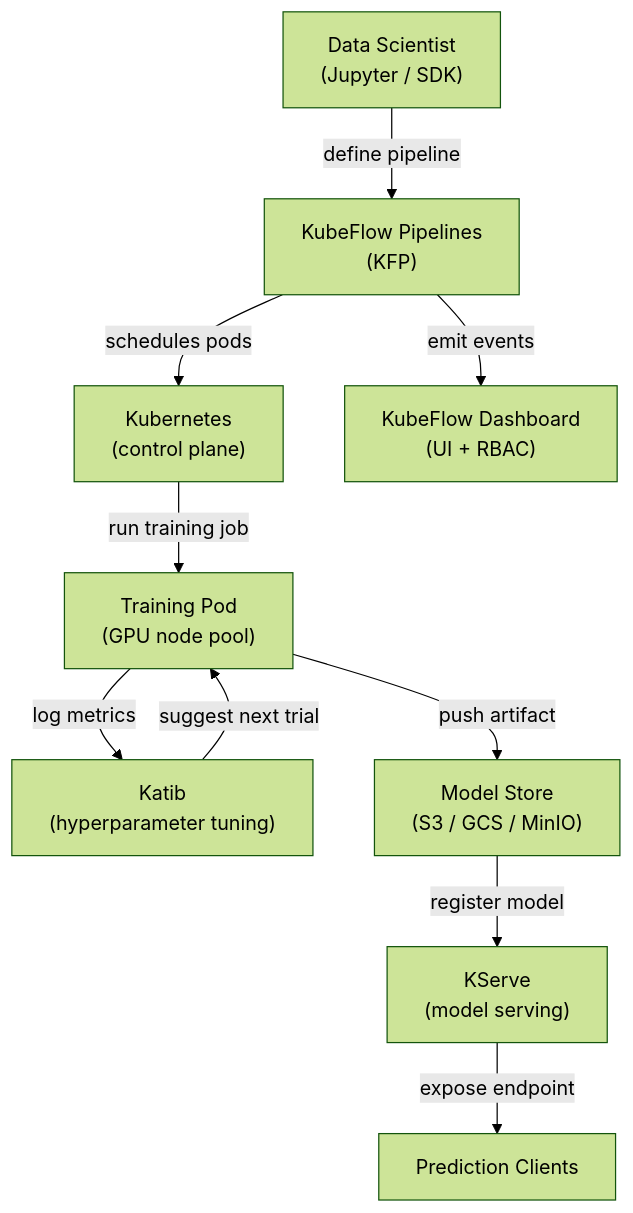
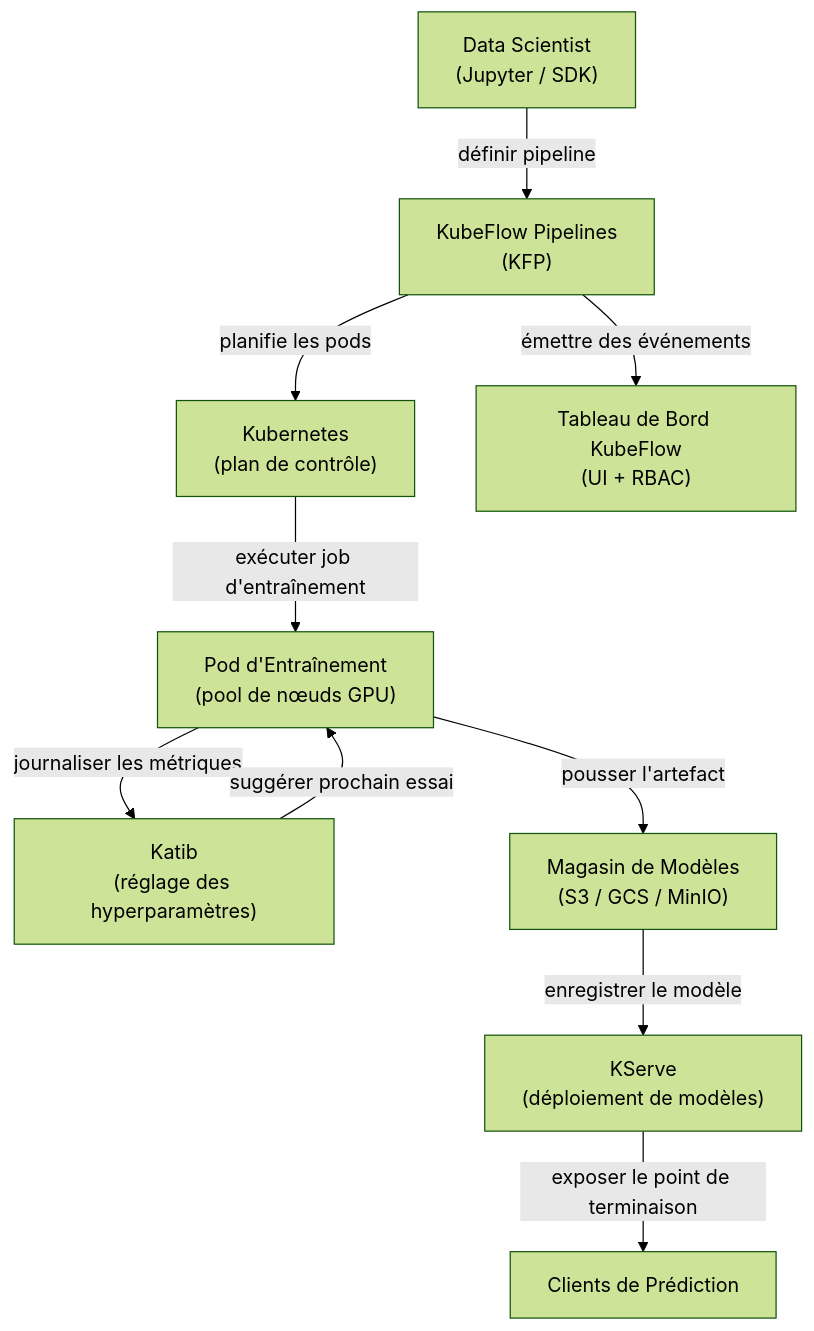
The diagram in i18n/fr/docusaurus-plugin-content-docs/current/mlops/deployment/kubeflow.md (EmersonBraun/ai-summary-hub), drawn with Mermaid (forest theme) before and after one commit. The commit also changed other lines of this file and 230 other files, not shown here.

````diff
--- a/i18n/fr/docusaurus-plugin-content-docs/current/mlops/deployment/kubeflow.md
+++ b/i18n/fr/docusaurus-plugin-content-docs/current/mlops/deployment/kubeflow.md
@@ -19,12 +21,12 @@
 ```mermaid
 flowchart TB
-  Developer["Data Scientist\n(Jupyter / SDK)"] -->|"define pipeline"| KFP["KubeFlow Pipelines\n(KFP)"]
-  KFP -->|"schedules pods"| K8s["Kubernetes\n(control plane)"]
-  K8s -->|"run training job"| TrainPod["Training Pod\n(GPU node pool)"]
-  TrainPod -->|"log metrics"| Katib["Katib\n(hyperparameter tuning)"]
-  Katib -->|"suggest next trial"| TrainPod
-  TrainPod -->|"push artifact"| Storage["Model Store\n(S3 / GCS / MinIO)"]
-  Storage -->|"register model"| KFServe["KServe\n(model serving)"]
-  KFServe -->|"expose endpoint"| Client["Prediction Clients"]
-  KFP -->|"emit events"| Dashboard["KubeFlow Dashboard\n(UI + RBAC)"]
+  Developer["Data Scientist\n(Jupyter / SDK)"] -->|"définir pipeline"| KFP["KubeFlow Pipelines\n(KFP)"]
+  KFP -->|"planifie les pods"| K8s["Kubernetes\n(plan de contrôle)"]
+  K8s -->|"exécuter job d'entraînement"| TrainPod["Pod d'Entraînement\n(pool de nœuds GPU)"]
+  TrainPod -->|"journaliser les métriques"| Katib["Katib\n(réglage des hyperparamètres)"]
+  Katib -->|"suggérer prochain essai"| TrainPod
+  TrainPod -->|"pousser l'artefact"| Storage["Magasin de Modèles\n(S3 / GCS / MinIO)"]
+  Storage -->|"enregistrer le modèle"| KFServe["KServe\n(déploiement de modèles)"]
+  KFServe -->|"exposer le point de terminaison"| Client["Clients de Prédiction"]
+  KFP -->|"émettre des événements"| Dashboard["Tableau de Bord KubeFlow\n(UI + RBAC)"]
 ```
````
